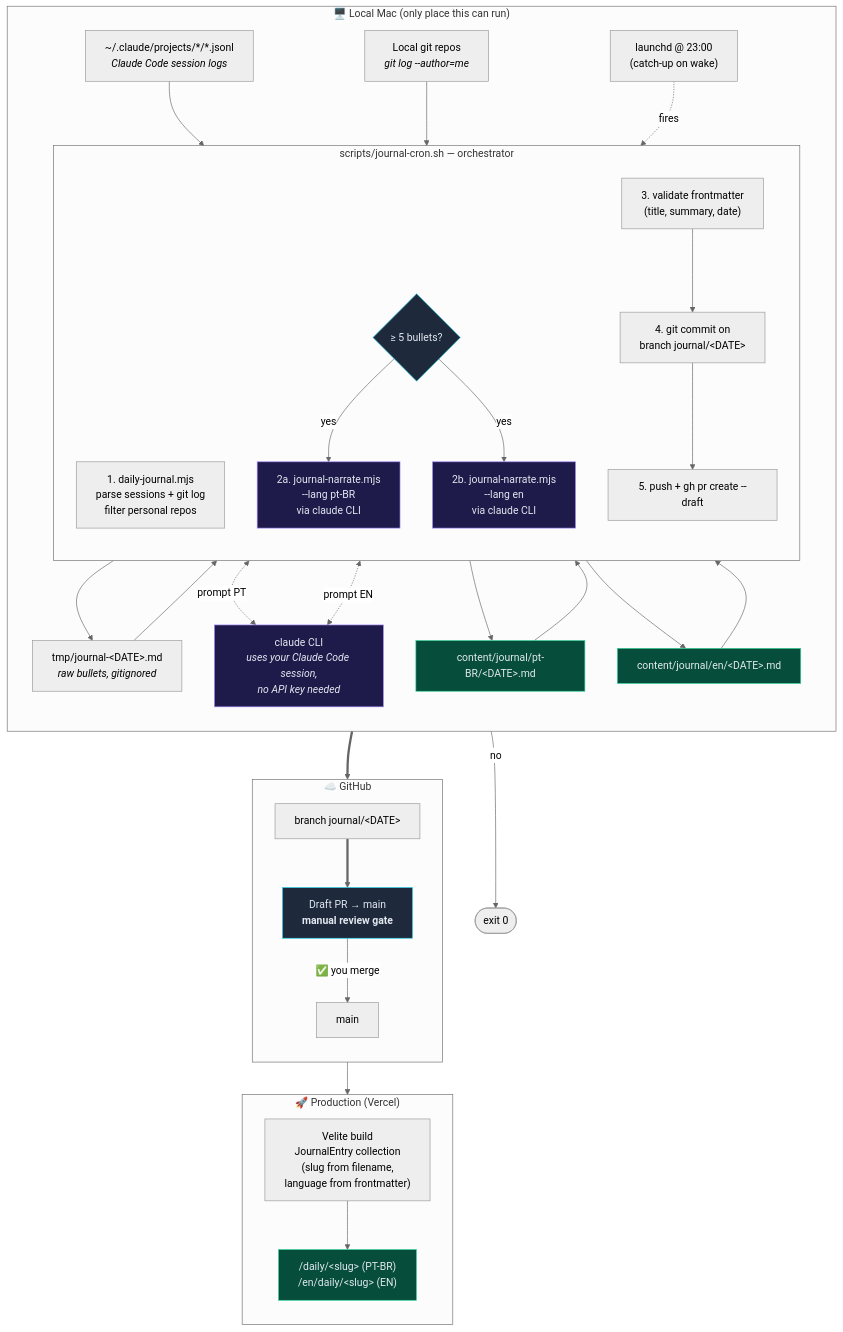
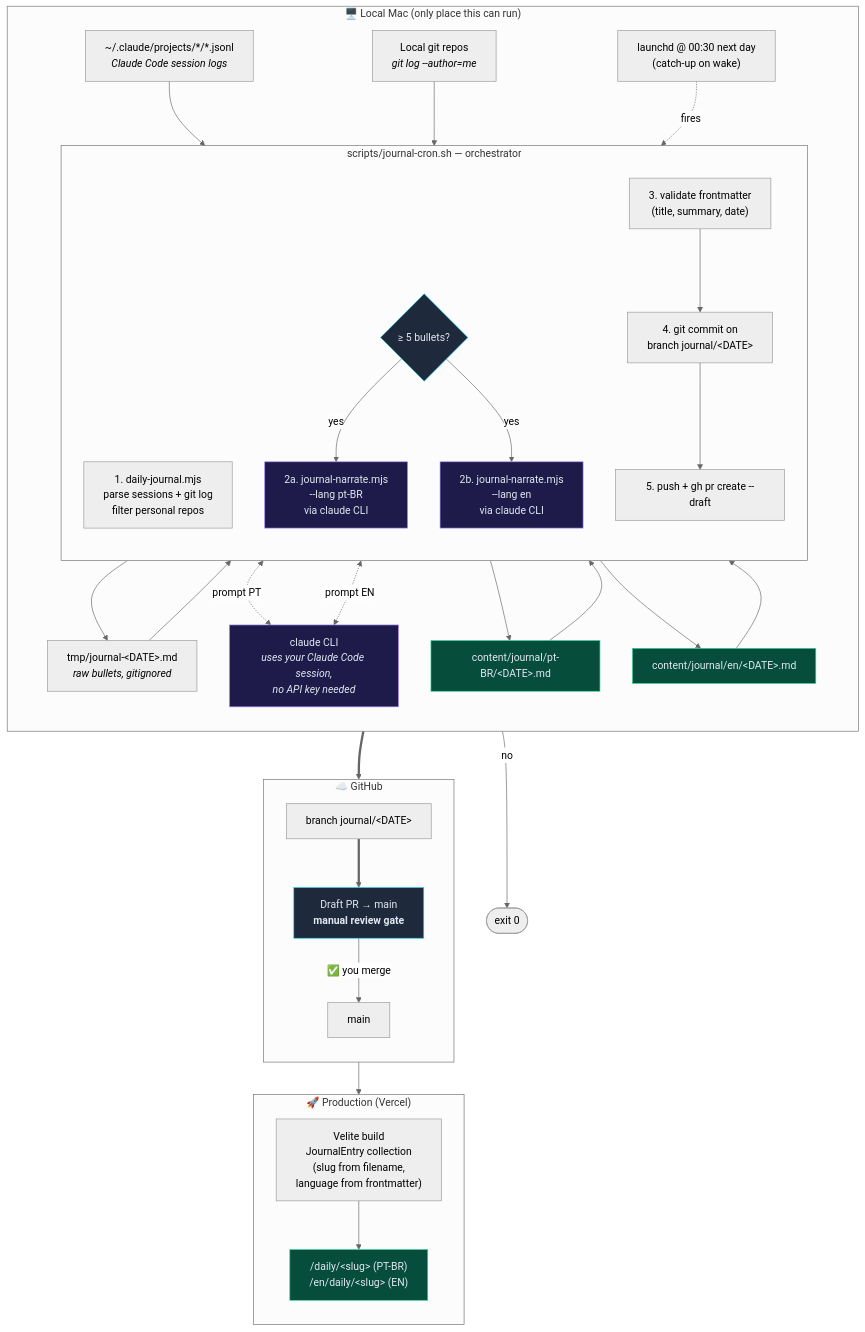
The first of 2 diagrams in docs/daily-journal-setup.md (tgmarinho/tgmarinho-ai-blog), drawn with Mermaid (neutral theme) before and after one commit. The commit also changed other lines of this file and 4 other files, not shown here.

````diff
--- a/docs/daily-journal-setup.md
+++ b/docs/daily-journal-setup.md
@@ -8,68 +8,68 @@
 ```mermaid
 flowchart TD
   subgraph LOCAL["🖥️  Local Mac (only place this can run)"]
     direction TB
 
     SESSIONS["~/.claude/projects/*/*.jsonl<br/><i>Claude Code session logs</i>"]
     REPOS["Local git repos<br/><i>git log --author=me</i>"]
 
     subgraph PIPE["scripts/journal-cron.sh — orchestrator"]
       direction TB
       S1["1. daily-journal.mjs<br/>parse sessions + git log<br/>filter personal repos"]
       GATE{"≥ 5 bullets?"}
       S2PT["2a. journal-narrate.mjs<br/>--lang pt-BR<br/>via claude CLI"]
       S2EN["2b. journal-narrate.mjs<br/>--lang en<br/>via claude CLI"]
       S3["3. validate frontmatter<br/>(title, summary, date)"]
       S4["4. git commit on<br/>branch journal/&lt;DATE&gt;"]
       S5["5. push + gh pr create --draft"]
     end
 
     RAW["tmp/journal-&lt;DATE&gt;.md<br/><i>raw bullets, gitignored</i>"]
     OUT_PT["content/journal/pt-BR/&lt;DATE&gt;.md"]
     OUT_EN["content/journal/en/&lt;DATE&gt;.md"]
     CLAUDE["claude CLI<br/><i>uses your Claude Code session,<br/>no API key needed</i>"]
-    LAUNCHD["launchd @ 23:00<br/>(catch-up on wake)"]
+    LAUNCHD["launchd @ 00:30 next day<br/>(catch-up on wake)"]
   end
 
   subgraph REMOTE["☁️  GitHub"]
     direction TB
     BRANCH["branch journal/&lt;DATE&gt;"]
     PR["Draft PR → main<br/><b>manual review gate</b>"]
     MAIN["main"]
   end
 
   subgraph PROD["🚀 Production (Vercel)"]
     direction TB
     VELITE["Velite build<br/>JournalEntry collection<br/>(slug from filename,<br/>language from frontmatter)"]
     PAGES["/daily/&lt;slug&gt; (PT-BR)<br/>/en/daily/&lt;slug&gt; (EN)"]
   end
 
   LAUNCHD -.fires.-> PIPE
   SESSIONS --> S1
   REPOS --> S1
   S1 --> RAW
   RAW --> GATE
   GATE -- no --> EXIT(["exit 0"])
   GATE -- yes --> S2PT
   GATE -- yes --> S2EN
   S2PT <-.prompt PT.-> CLAUDE
   S2EN <-.prompt EN.-> CLAUDE
   S2PT --> OUT_PT
   S2EN --> OUT_EN
   OUT_PT --> S3
   OUT_EN --> S3
   S3 --> S4
   S4 --> S5
   S5 ==> BRANCH
   BRANCH ==> PR
   PR -- ✅ you merge --> MAIN
   MAIN --> VELITE
   VELITE --> PAGES
 
   classDef gate fill:#1e293b,stroke:#22d3ee,color:#e2e8f0
   classDef ai fill:#1e1b4b,stroke:#a78bfa,color:#e2e8f0
   classDef out fill:#064e3b,stroke:#34d399,color:#e2e8f0
   class GATE,PR gate
   class CLAUDE,S2PT,S2EN ai
   class OUT_PT,OUT_EN,PAGES out
 ```
````
